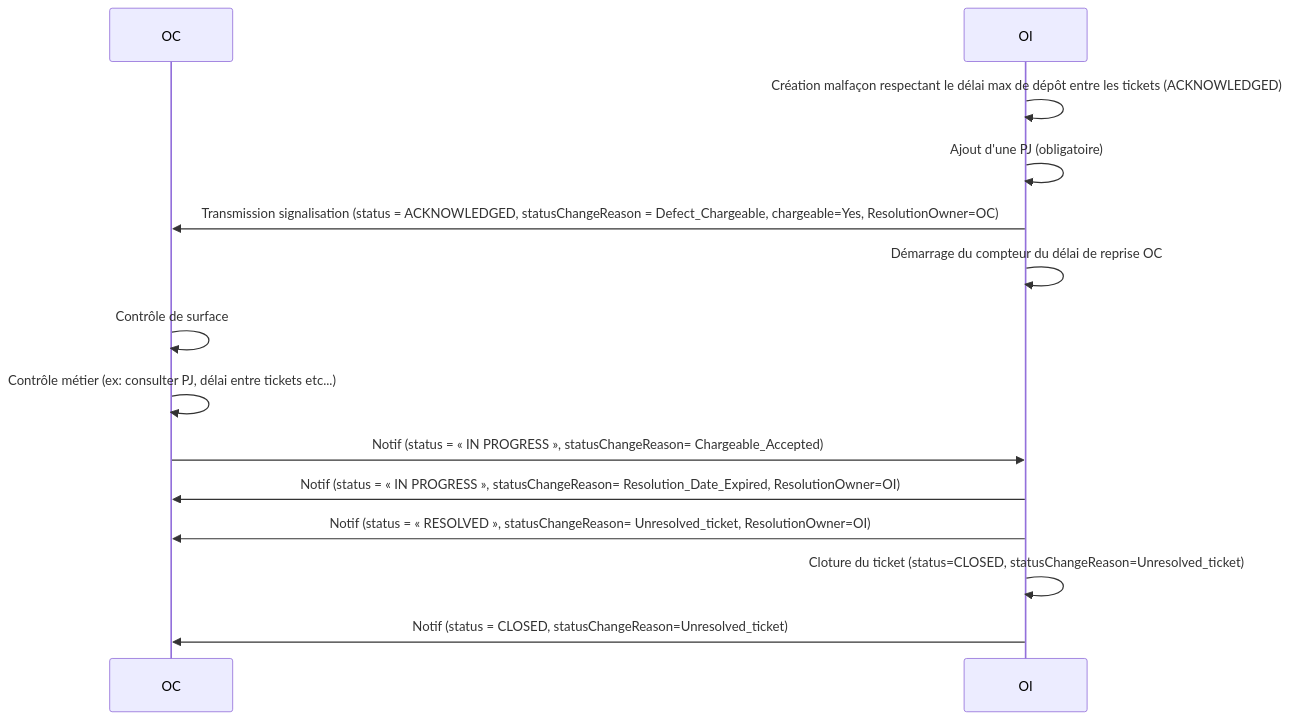
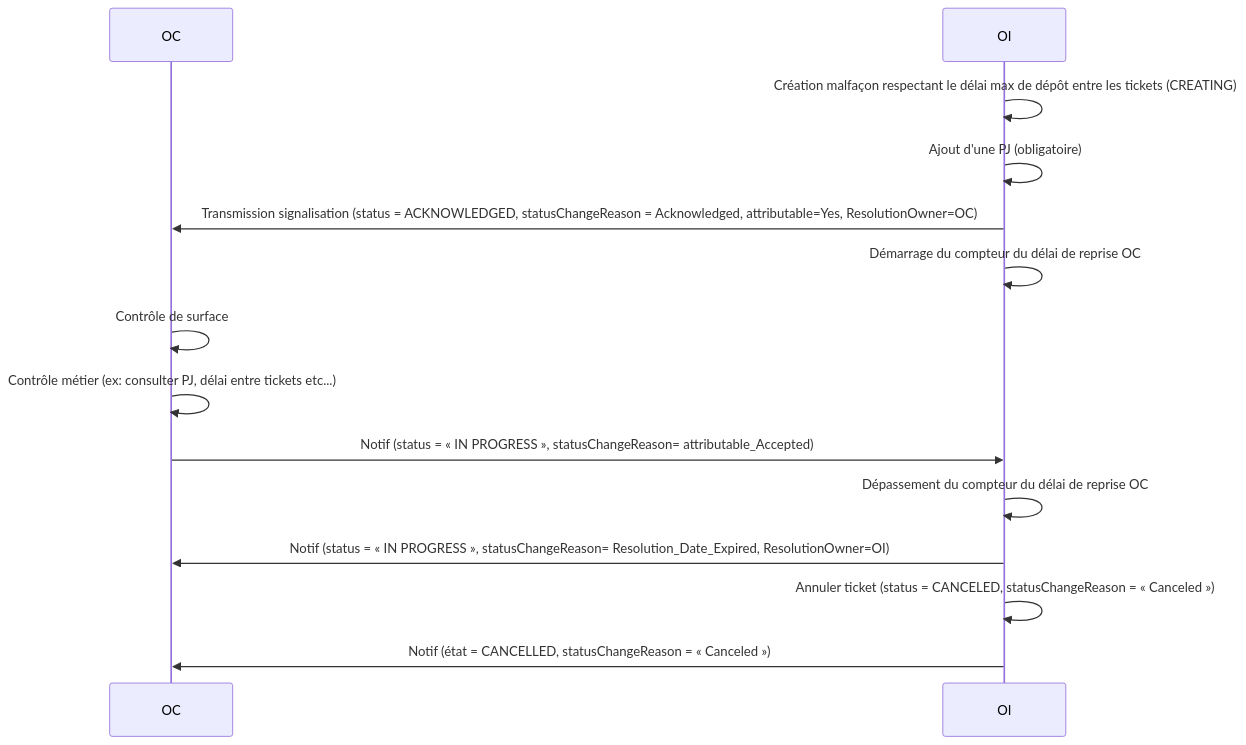
The fourth of 12 diagrams in README.md (before-interop/malfacon), drawn with Mermaid before and after one commit. The commit also changed other lines of this file and 6 other files, not shown here.

````diff
--- a/README.md
+++ b/README.md
@@ -395,18 +478,18 @@
 ```mermaid
 sequenceDiagram
 
   participant OC
   participant OI
 
-  OI->>OI: Création malfaçon respectant le délai max de dépôt entre les tickets (ACKNOWLEDGED)
+  OI->>OI: Création malfaçon respectant le délai max de dépôt entre les tickets (CREATING)
   OI->>OI: Ajout d'une PJ (obligatoire)
-  OI->>OC: Transmission signalisation (status = ACKNOWLEDGED, statusChangeReason = Defect_Chargeable, chargeable=Yes, ResolutionOwner=OC)
+  OI->>OC: Transmission signalisation (status = ACKNOWLEDGED, statusChangeReason = Acknowledged, attributable=Yes, ResolutionOwner=OC)
   OI->>OI: Démarrage du compteur du délai de reprise OC
   OC->>OC: Contrôle de surface
   OC->>OC: Contrôle métier (ex: consulter PJ, délai entre tickets etc...)
-  OC->>OI: Notif (status = « IN PROGRESS », statusChangeReason= Chargeable_Accepted)
-  OI->>OC: Notif (status = « IN PROGRESS », statusChangeReason= Resolution_Date_Expired, ResolutionOwner=OI)
-  OI->>OC: Notif (status = « RESOLVED », statusChangeReason= Unresolved_ticket, ResolutionOwner=OI)
-  OI->>OI: Cloture du ticket (status=CLOSED, statusChangeReason=Unresolved_ticket)
-  OI->>OC: Notif (status = CLOSED, statusChangeReason=Unresolved_ticket)
+  OC->>OI: Notif (status = « IN PROGRESS », statusChangeReason= attributable_Accepted)
+  OI->>OI: Dépassement du compteur du délai de reprise OC
+  OI->>OC: Notif (status = « IN PROGRESS », statusChangeReason= Resolution_Date_Expired, ResolutionOwner=OI)
+  OI->>OI: Annuler ticket (status = CANCELED, statusChangeReason = « Canceled »)
+  OI->>OC: Notif (état = CANCELLED, statusChangeReason = « Canceled »)
 ```
````
